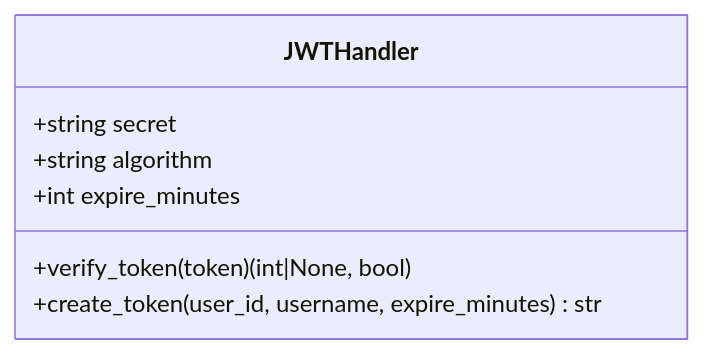
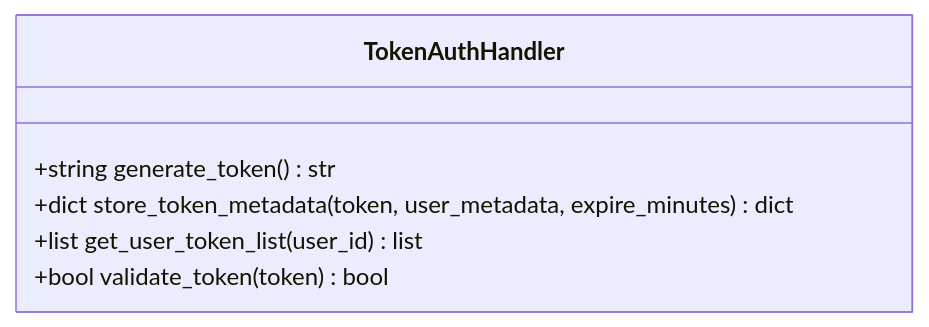
One commit to lilinzezzzzzz/fastapi-backend changed the third of 14 diagrams in .qoder/repowiki/zh/content/安全认证机制/安全认证机制.md. Above: the diagram before and after it, drawn with Mermaid. The commit also changed other lines of this file and 38 other files, not shown here.

````diff
--- a/.qoder/repowiki/zh/content/安全认证机制/安全认证机制.md
+++ b/.qoder/repowiki/zh/content/安全认证机制/安全认证机制.md
@@ -167,10 +265,9 @@
 ```mermaid
 classDiagram
-class JWTHandler {
-+string secret
-+string algorithm
-+int expire_minutes
-+verify_token(token) (int|None, bool)
-+create_token(user_id, username, expire_minutes) str
+class TokenAuthHandler {
++string generate_token() str
++dict store_token_metadata(token, user_metadata, expire_minutes) dict
++list get_user_token_list(user_id) list
++bool validate_token(token) bool
 }
 ```
````
